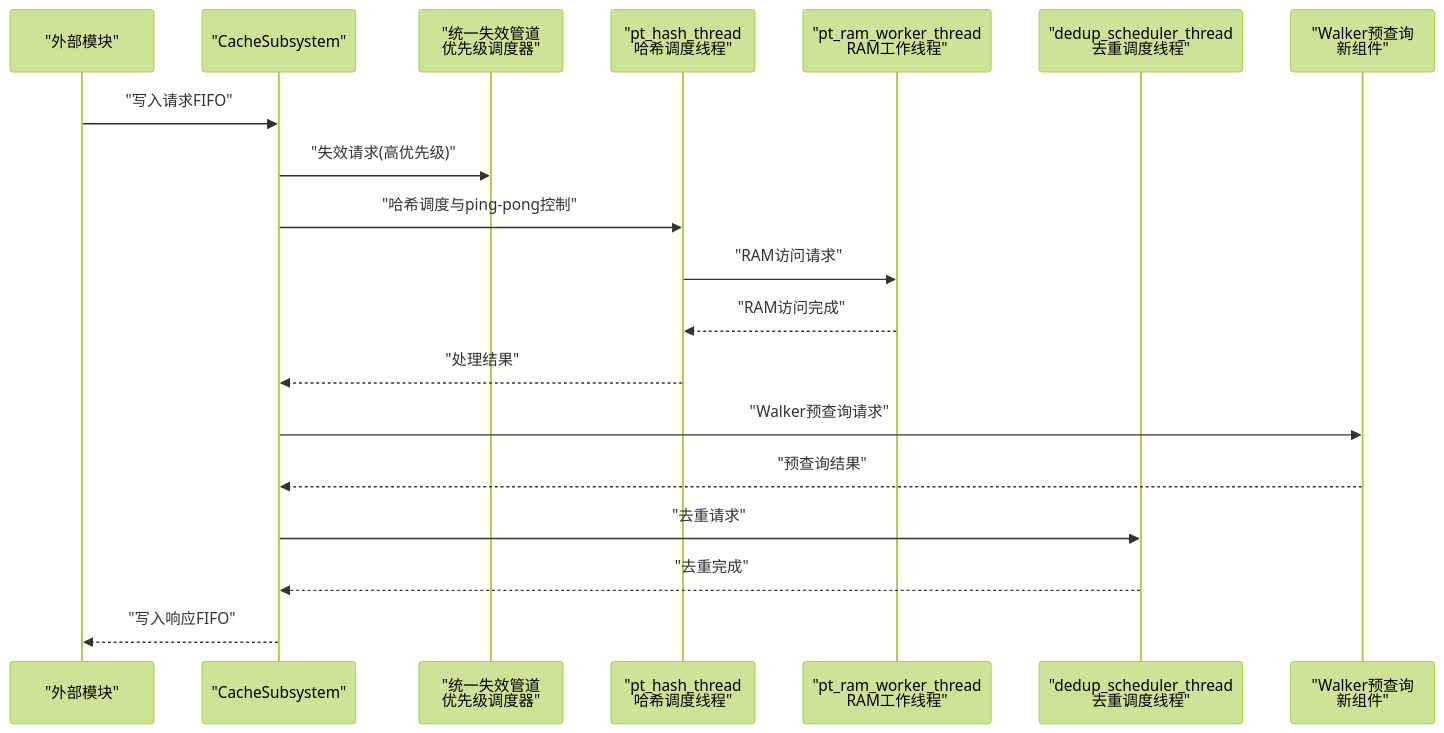
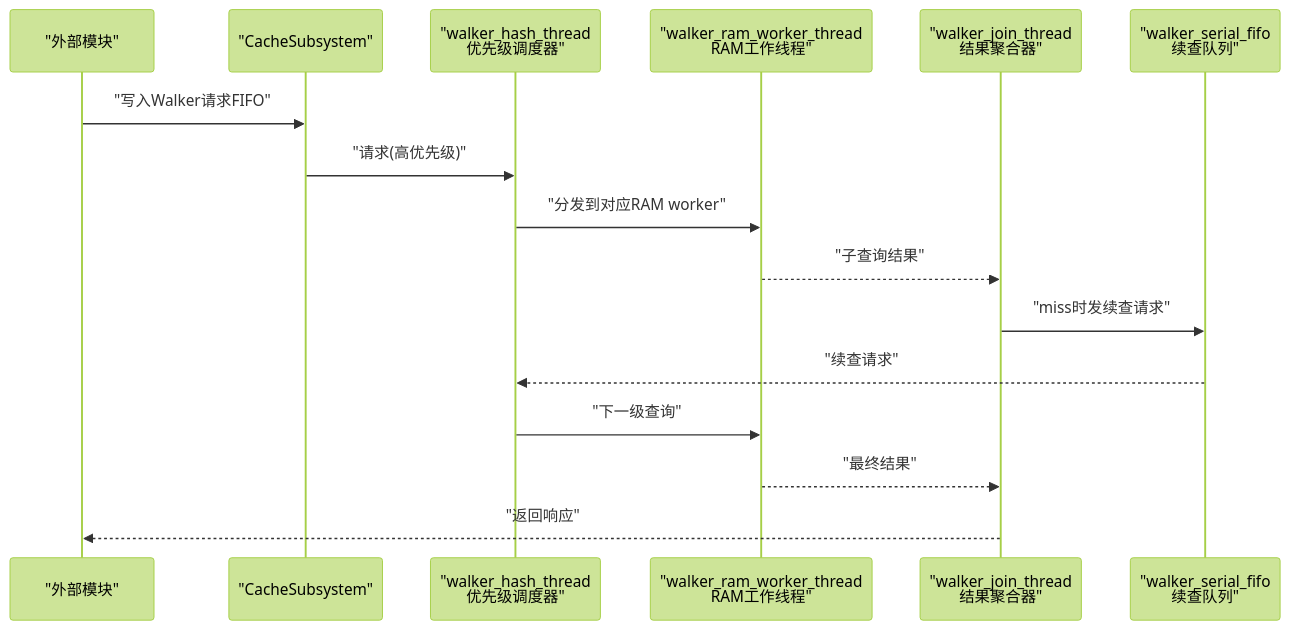
The second of 11 diagrams in .qoder/repowiki/zh/content/缓存系统/缓存子系统概览.md (jiangjiang1122/iommu_model_20260401_v1), drawn with Mermaid (forest theme) before and after one commit. The commit also changed other lines of this file and 159 other files, not shown here.

Commit message:
chore: 更新知识库文档 + 新增PTW并发分析图表与数据文件

````diff
--- a/.qoder/repowiki/zh/content/缓存系统/缓存子系统概览.md
+++ b/.qoder/repowiki/zh/content/缓存系统/缓存子系统概览.md
@@ -121,21 +129,18 @@
 ```mermaid
 sequenceDiagram
 participant Ext as "外部模块"
 participant CS as "CacheSubsystem"
-participant Unified_Pipeline as "统一失效管道<br/>优先级调度器"
-participant PT_Hash as "pt_hash_thread<br/>哈希调度线程"
-participant PT_RAM as "pt_ram_worker_thread<br/>RAM工作线程"
-participant Dedup_Sched as "dedup_scheduler_thread<br/>去重调度线程"
-participant Walker_PQ as "Walker预查询<br/>新组件"
-Ext->>CS : "写入请求FIFO"
-CS->>Unified_Pipeline : "失效请求(高优先级)"
-CS->>PT_Hash : "哈希调度与ping-pong控制"
-PT_Hash->>PT_RAM : "RAM访问请求"
-PT_RAM-->>PT_Hash : "RAM访问完成"
-PT_Hash-->>CS : "处理结果"
-CS->>Walker_PQ : "Walker预查询请求"
-Walker_PQ-->>CS : "预查询结果"
-CS->>Dedup_Sched : "去重请求"
-Dedup_Sched-->>CS : "去重完成"
-CS-->>Ext : "写入响应FIFO"
+participant Walker_Hash as "walker_hash_thread<br/>优先级调度器"
+participant Walker_RAM as "walker_ram_worker_thread<br/>RAM工作线程"
+participant Walker_Join as "walker_join_thread<br/>结果聚合器"
+participant Serial_FIFO as "walker_serial_fifo<br/>续查队列"
+Ext->>CS : "写入Walker请求FIFO"
+CS->>Walker_Hash : "请求(高优先级)"
+Walker_Hash->>Walker_RAM : "分发到对应RAM worker"
+Walker_RAM-->>Walker_Join : "子查询结果"
+Walker_Join->>Serial_FIFO : "miss时发续查请求"
+Serial_FIFO-->>Walker_Hash : "续查请求"
+Walker_Hash->>Walker_RAM : "下一级查询"
+Walker_RAM-->>Walker_Join : "最终结果"
+Walker_Join-->>Ext : "返回响应"
 ```
````
